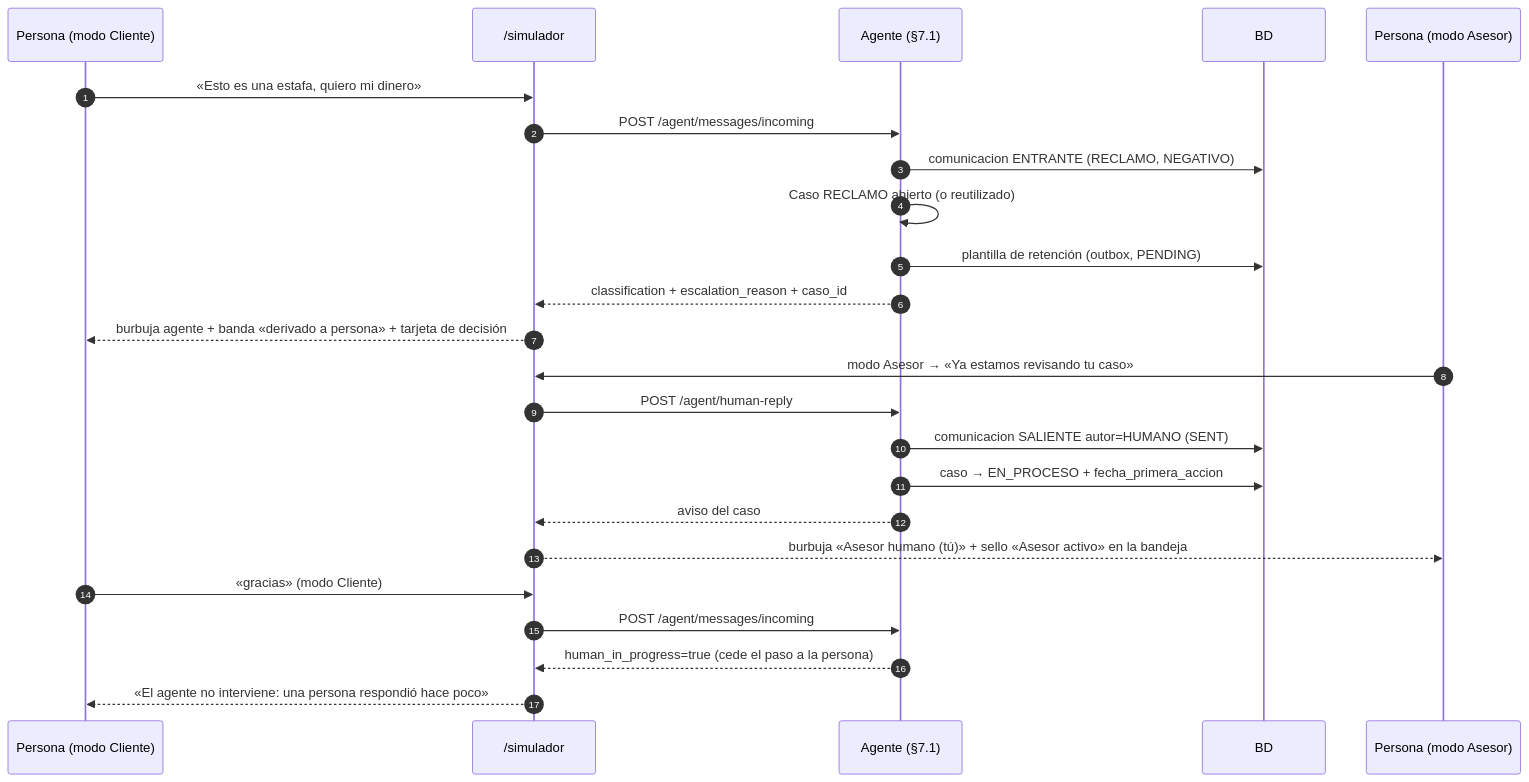
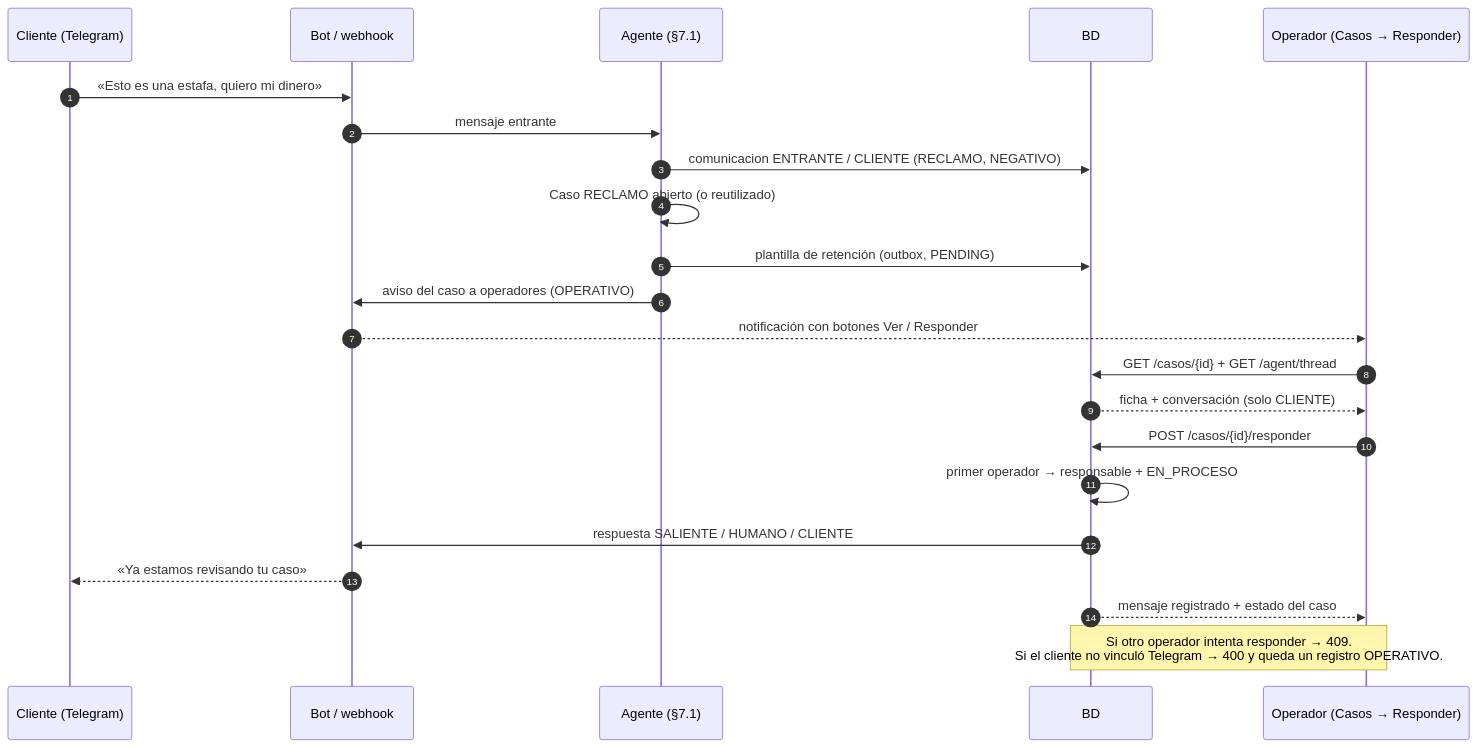
Before and after one commit to Jijiploff/polux-import-customers: the fifth of 6 diagrams in docs/04-agente.md, drawn with Mermaid. The commit also changed other lines of this file and 42 other files, not shown here.

Commit message:
feat(casos): respuesta local y separacion cliente/operativo

````diff
--- a/docs/04-agente.md
+++ b/docs/04-agente.md
@@ -260,29 +273,27 @@
 ```mermaid
 sequenceDiagram
     autonumber
-    participant P as Persona (modo Cliente)
-    participant S as /simulador
+    participant C as Cliente (Telegram)
+    participant T as Bot / webhook
     participant A as Agente (§7.1)
     participant B as BD
-    participant H as Persona (modo Asesor)
+    participant W as Operador (Casos → Responder)
 
-    P->>S: «Esto es una estafa, quiero mi dinero»
-    S->>A: POST /agent/messages/incoming
-    A->>B: comunicacion ENTRANTE (RECLAMO, NEGATIVO)
+    C->>T: «Esto es una estafa, quiero mi dinero»
+    T->>A: mensaje entrante
+    A->>B: comunicacion ENTRANTE / CLIENTE (RECLAMO, NEGATIVO)
     A->>A: Caso RECLAMO abierto (o reutilizado)
     A->>B: plantilla de retención (outbox, PENDING)
-    A-->>S: classification + escalation_reason + caso_id
-    S-->>P: burbuja agente + banda «derivado a persona» + tarjeta de decisión
+    A->>T: aviso del caso a operadores (OPERATIVO)
+    T-->>W: notificación con botones Ver / Responder
 
-    H->>S: modo Asesor → «Ya estamos revisando tu caso»
-    S->>A: POST /agent/human-reply
-    A->>B: comunicacion SALIENTE autor=HUMANO (SENT)
-    A->>B: caso → EN_PROCESO + fecha_primera_accion
-    A-->>S: aviso del caso
-    S-->>H: burbuja «Asesor humano (tú)» + sello «Asesor activo» en la bandeja
+    W->>B: GET /casos/{id} + GET /agent/thread
+    B-->>W: ficha + conversación (solo CLIENTE)
+    W->>B: POST /casos/{id}/responder
+    B->>B: primer operador → responsable + EN_PROCESO
+    B->>T: respuesta SALIENTE / HUMANO / CLIENTE
+    T-->>C: «Ya estamos revisando tu caso»
+    B-->>W: mensaje registrado + estado del caso
 
-    P->>S: «gracias» (modo Cliente)
-    S->>A: POST /agent/messages/incoming
-    A-->>S: human_in_progress=true (cede el paso a la persona)
-    S-->>P: «El agente no interviene: una persona respondió hace poco»
+    Note over W,B: Si otro operador intenta responder → 409.<br/>Si el cliente no vinculó Telegram → 400 y queda un registro OPERATIVO.
 ```
````
